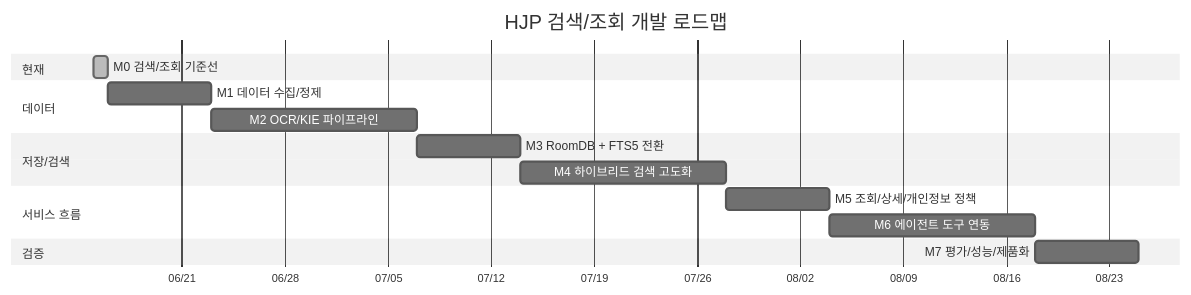
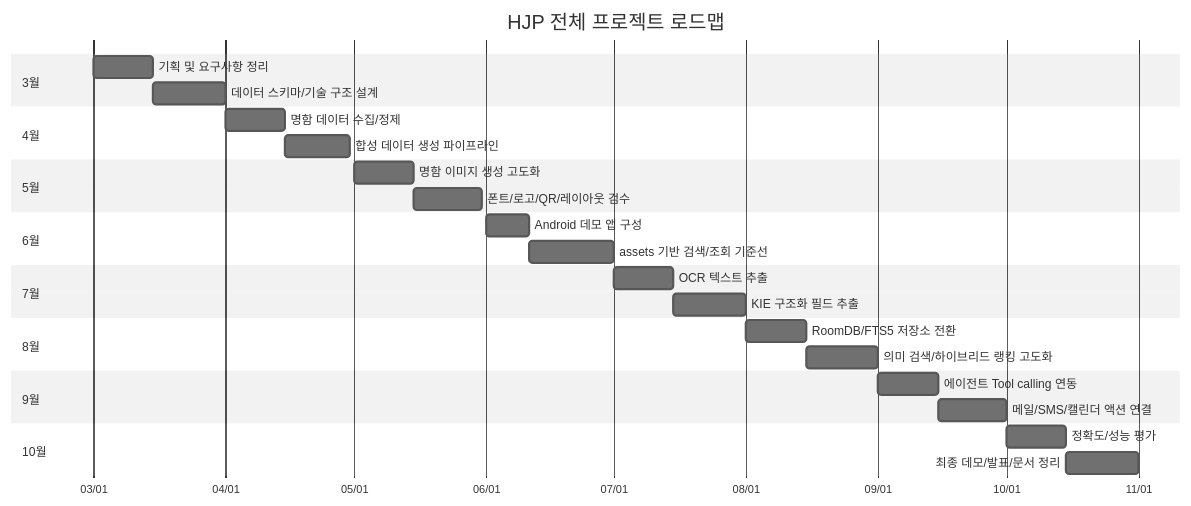
One commit to HJP-limited/ryeong changed the second of 2 diagrams in MILESTONE.md. Above: the diagram before and after it, drawn with Mermaid (neutral theme). The commit also changed other lines of this file, not shown here.

Commit message:
Revise milestone for full project timeline

````diff
--- a/MILESTONE.md
+++ b/MILESTONE.md
@@ -26,24 +24,38 @@
 ```mermaid
 gantt
-    title HJP 검색/조회 개발 로드맵
+    title HJP 전체 프로젝트 로드맵
     dateFormat  YYYY-MM-DD
     axisFormat  %m/%d
 
-    section 현재
-    M0 검색/조회 기준선                 :done, m0, 2026-06-15, 1d
+    section 3월
+    기획 및 요구사항 정리              :m1a, 2026-03-01, 14d
+    데이터 스키마/기술 구조 설계        :m1b, after m1a, 17d
 
-    section 데이터
-    M1 데이터 수집/정제                 :m1, 2026-06-16, 7d
-    M2 OCR/KIE 파이프라인               :m2, after m1, 14d
+    section 4월
+    명함 데이터 수집/정제              :m2a, 2026-04-01, 14d
+    합성 데이터 생성 파이프라인         :m2b, after m2a, 15d
 
-    section 저장/검색
-    M3 RoomDB + FTS5 전환               :m3, after m2, 7d
-    M4 하이브리드 검색 고도화           :m4, after m3, 14d
+    section 5월
+    명함 이미지 생성 고도화             :m3a, 2026-05-01, 14d
+    폰트/로고/QR/레이아웃 검수          :m3b, after m3a, 16d
 
-    section 서비스 흐름
-    M5 조회/상세/개인정보 정책          :m5, after m4, 7d
-    M6 에이전트 도구 연동               :m6, after m5, 14d
+    section 6월
+    Android 데모 앱 구성                :m4a, 2026-06-01, 10d
+    assets 기반 검색/조회 기준선         :m4b, after m4a, 20d
 
-    section 검증
-    M7 평가/성능/제품화                 :m7, after m6, 7d
+    section 7월
+    OCR 텍스트 추출                     :m5a, 2026-07-01, 14d
+    KIE 구조화 필드 추출                :m5b, after m5a, 17d
+
+    section 8월
+    RoomDB/FTS5 저장소 전환             :m6a, 2026-08-01, 14d
+    의미 검색/하이브리드 랭킹 고도화     :m6b, after m6a, 17d
+
+    section 9월
+    에이전트 Tool calling 연동           :m7a, 2026-09-01, 14d
+    메일/SMS/캘린더 액션 연결            :m7b, after m7a, 16d
+
+    section 10월
+    정확도/성능 평가                    :m8a, 2026-10-01, 14d
+    최종 데모/발표/문서 정리             :m8b, after m8a, 17d
 ```
````
